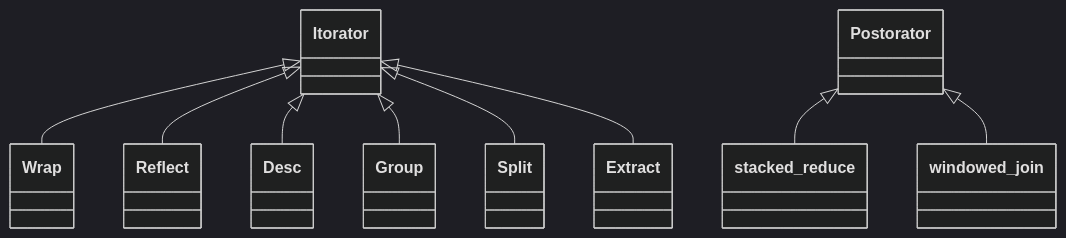
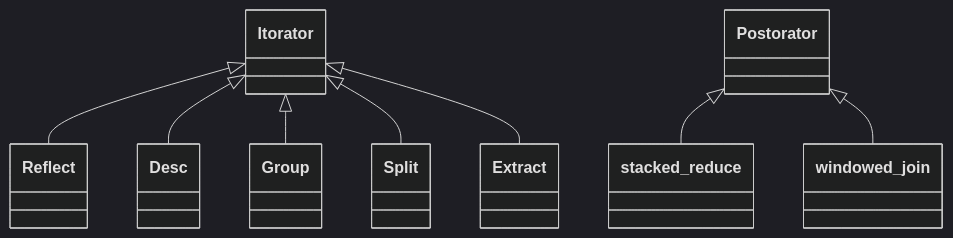
The third of 3 diagrams in docs/3. Arborform.md (rlayers/pawpaw), drawn with Mermaid (dark theme) before and after one commit.

Commit message:
Removed Wrap reference from class diagram

````diff
--- a/docs/3. Arborform.md
+++ b/docs/3. Arborform.md
@@ -136,12 +136,11 @@
 ```mermaid
 classDiagram
-    Itorator <|-- Wrap
     Itorator <|-- Reflect
     Itorator <|-- Desc
     Itorator <|-- Group
     Itorator <|-- Split
     Itorator <|-- Extract
 
     Postorator <|-- stacked_reduce
     Postorator <|-- windowed_join
 ```
````
